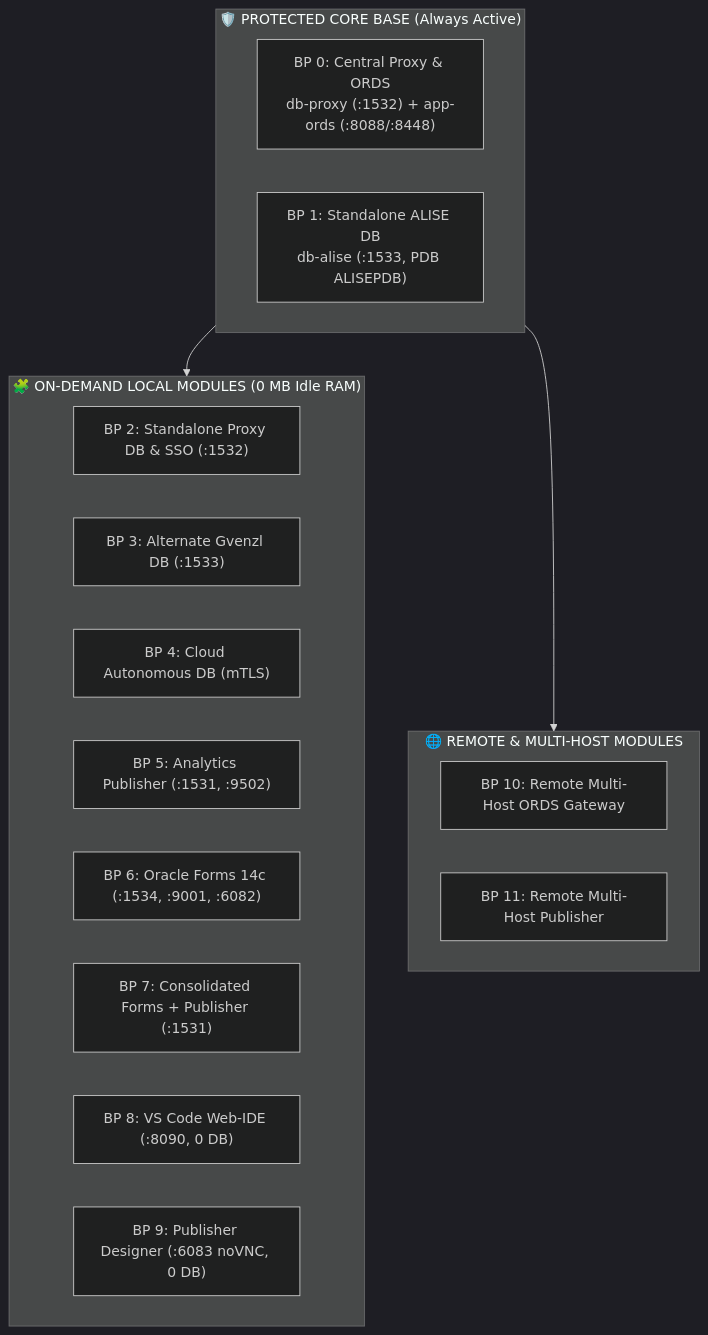
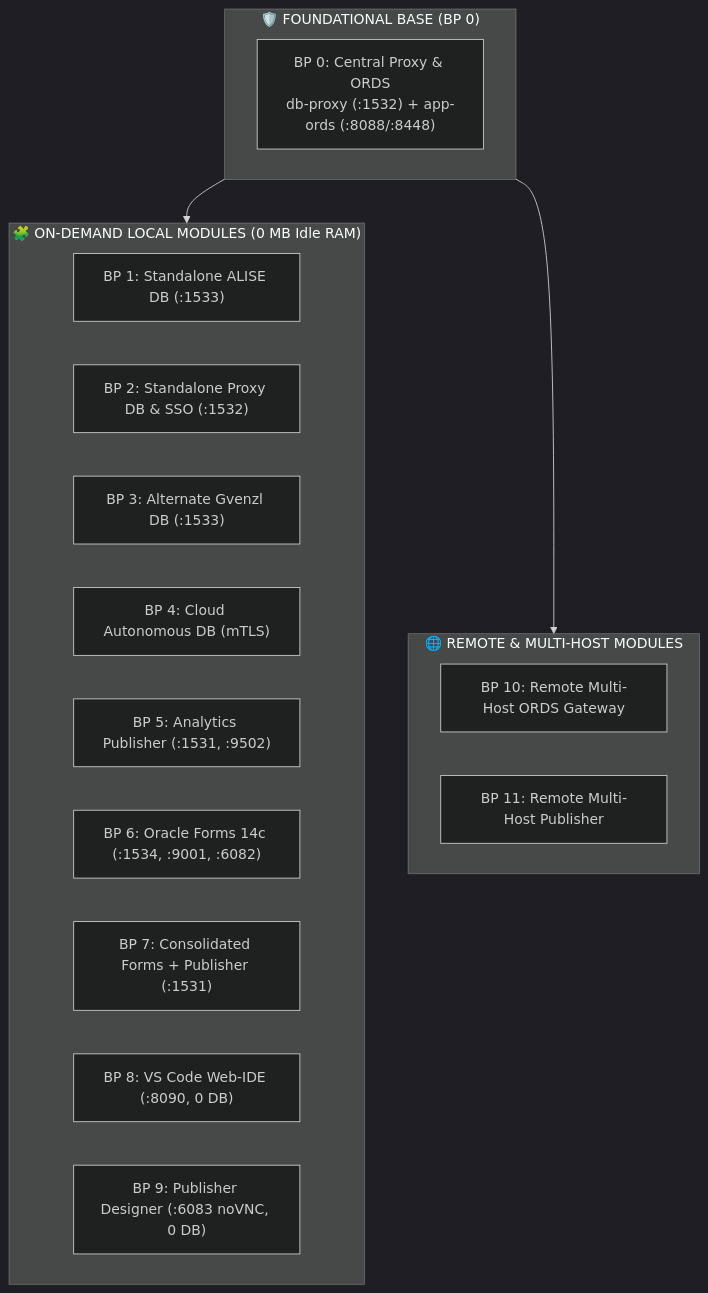
One commit to alahe/oracle-devops-platform changed the diagram in .agents/skills/blueprints_and_topology/SKILL.md. Above: the diagram before and after it, drawn with Mermaid (dark theme). The commit also changed other lines of this file and 289 other files, not shown here.

````diff
--- a/.agents/skills/blueprints_and_topology/SKILL.md
+++ b/.agents/skills/blueprints_and_topology/SKILL.md
@@ -37,26 +37,26 @@
 ```mermaid
 flowchart TD
-    subgraph Core ["🛡️ PROTECTED CORE BASE (Always Active)"]
+    subgraph Core ["🛡️ FOUNDATIONAL BASE (BP 0)"]
         BP0["BP 0: Central Proxy & ORDS<br/>db-proxy (:1532) + app-ords (:8088/:8448)"]
-        BP1["BP 1: Standalone ALISE DB<br/>db-alise (:1533, PDB ALISEPDB)"]
     end
 
     subgraph LocalModules ["🧩 ON-DEMAND LOCAL MODULES (0 MB Idle RAM)"]
+        BP1["BP 1: Standalone ALISE DB (:1533)"]
         BP2["BP 2: Standalone Proxy DB & SSO (:1532)"]
         BP3["BP 3: Alternate Gvenzl DB (:1533)"]
         BP4["BP 4: Cloud Autonomous DB (mTLS)"]
         BP5["BP 5: Analytics Publisher (:1531, :9502)"]
         BP6["BP 6: Oracle Forms 14c (:1534, :9001, :6082)"]
         BP7["BP 7: Consolidated Forms + Publisher (:1531)"]
         BP8["BP 8: VS Code Web-IDE (:8090, 0 DB)"]
         BP9["BP 9: Publisher Designer (:6083 noVNC, 0 DB)"]
     end
 
     subgraph RemoteEnterprise ["🌐 REMOTE & MULTI-HOST MODULES"]
         BP10["BP 10: Remote Multi-Host ORDS Gateway"]
         BP11["BP 11: Remote Multi-Host Publisher"]
     end
 
     Core --> LocalModules
     Core --> RemoteEnterprise
 ```
````
